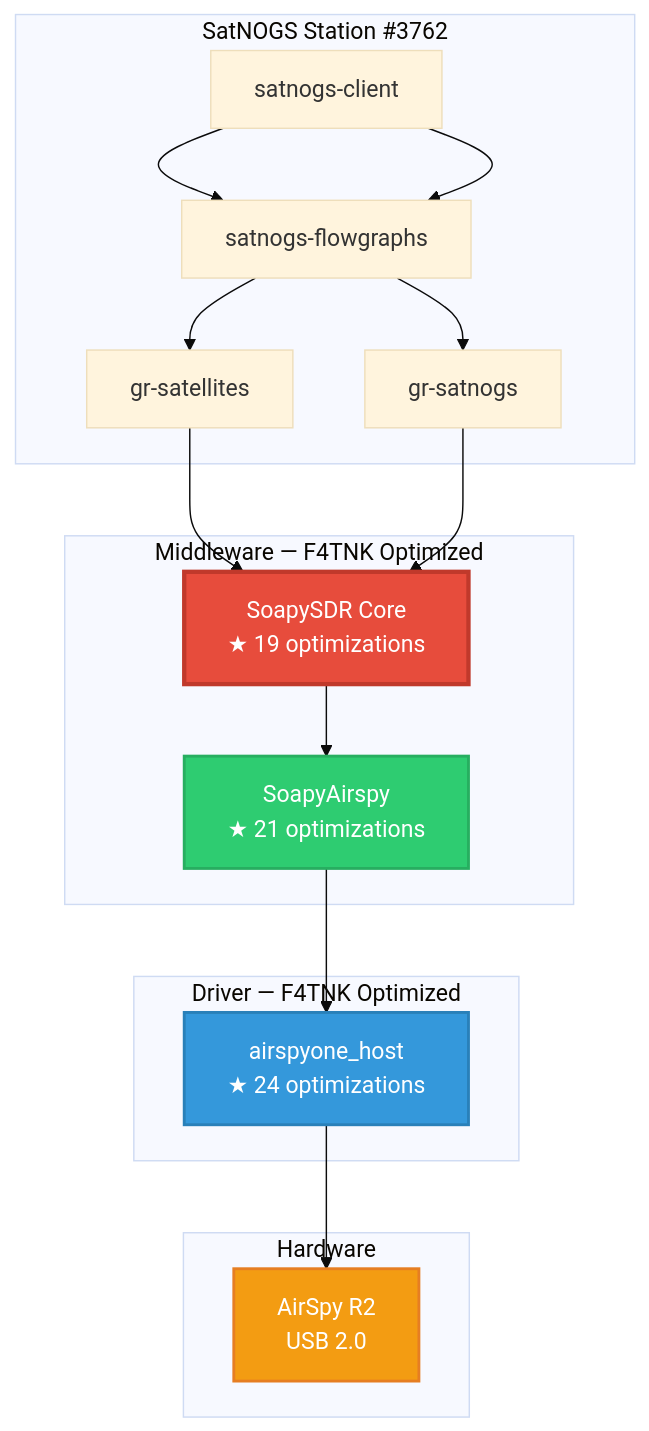
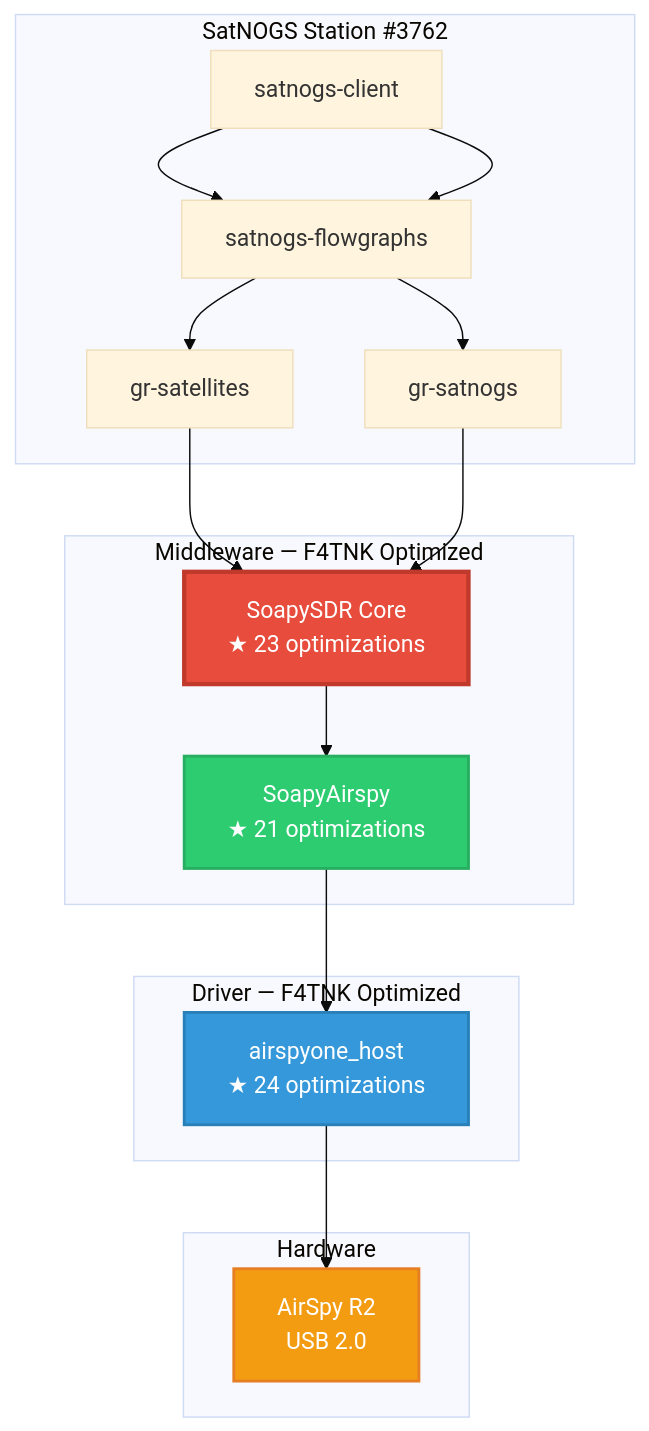
Before and after one commit to f4tnk/SoapySDR: the sixth of 6 diagrams in OPTIMIZATIONS-F4TNK.md, drawn with Mermaid (base theme). The commit also changed other lines of this file and 1 other file, not shown here.

````diff
--- a/OPTIMIZATIONS-F4TNK.md
+++ b/OPTIMIZATIONS-F4TNK.md
@@ -318,35 +334,35 @@
 ```mermaid
 graph TB
     subgraph "SatNOGS Station #3762"
         SAT["satnogs-client"]
         FG["satnogs-flowgraphs"]
         GRS["gr-satellites"]
         GRSAT["gr-satnogs"]
     end
 
     subgraph "Middleware — F4TNK Optimized"
-        SOAPY["SoapySDR Core<br/>★ 19 optimizations"]
+        SOAPY["SoapySDR Core<br/>★ 23 optimizations"]
         WRAP["SoapyAirspy<br/>★ 21 optimizations"]
     end
 
     subgraph "Driver — F4TNK Optimized"
         AIRSPY["airspyone_host<br/>★ 24 optimizations"]
     end
 
     subgraph "Hardware"
         HW["AirSpy R2<br/>USB 2.0"]
     end
 
     SAT --> FG --> GRS
     SAT --> FG --> GRSAT
     GRS --> SOAPY
     GRSAT --> SOAPY
     SOAPY --> WRAP
     WRAP --> AIRSPY
     AIRSPY --> HW
 
     style SOAPY fill:#e74c3c,color:#fff,stroke:#c0392b,stroke-width:3px
     style WRAP fill:#2ecc71,color:#fff,stroke:#27ae60,stroke-width:2px
     style AIRSPY fill:#3498db,color:#fff,stroke:#2980b9,stroke-width:2px
     style HW fill:#f39c12,color:#fff,stroke:#e67e22,stroke-width:2px
 ```
````
